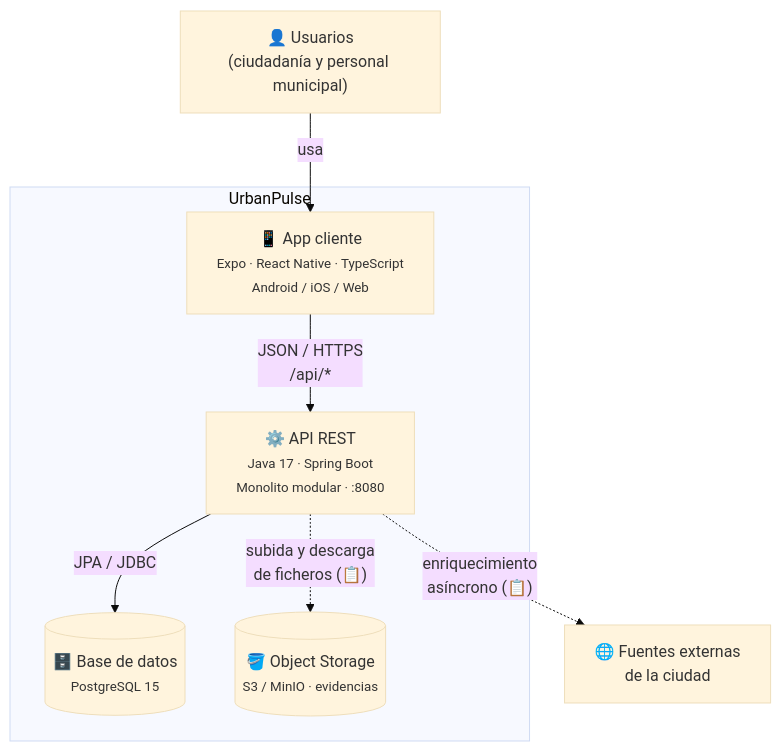
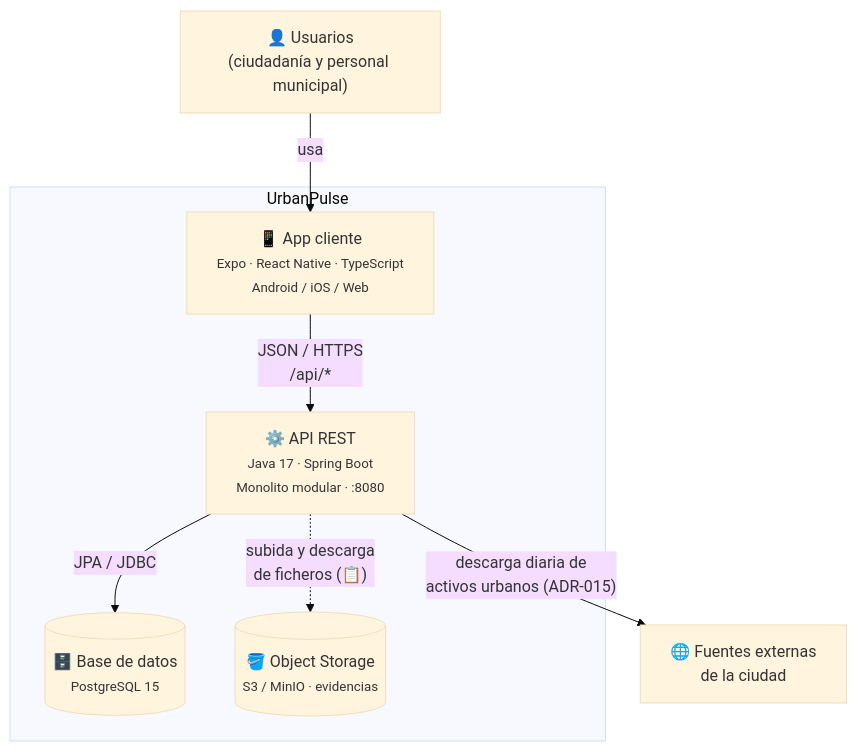
One commit to JANUEVE5/UrbanPulse changed the second of 6 diagrams in docs/architecture.md. Above: the diagram before and after it, drawn with Mermaid (base theme). The commit also changed other lines of this file and 6 other files, not shown here.

Commit message:
docs: ADR-015 y documentación de los activos urbanos de Open Data

````diff
--- a/docs/architecture.md
+++ b/docs/architecture.md
@@ -73,19 +74,19 @@
 ```mermaid
 flowchart TB
     user["👤 Usuarios<br/>(ciudadanía y personal municipal)"]
 
     subgraph up["UrbanPulse"]
         app["📱 App cliente<br/><small>Expo · React Native · TypeScript<br/>Android / iOS / Web</small>"]
         api["⚙️ API REST<br/><small>Java 17 · Spring Boot<br/>Monolito modular · :8080</small>"]
         db[("🗄️ Base de datos<br/><small>PostgreSQL 15</small>")]
         obj[("🪣 Object Storage<br/><small>S3 / MinIO · evidencias</small>")]
     end
 
     ext["🌐 Fuentes externas<br/>de la ciudad"]
 
     user -- "usa" --> app
     app -- "JSON / HTTPS<br/>/api/*" --> api
     api -- "JPA / JDBC" --> db
     api -. "subida y descarga<br/>de ficheros (📋)" .-> obj
-    api -. "enriquecimiento<br/>asíncrono (📋)" .-> ext
+    api -- "descarga diaria de<br/>activos urbanos (ADR-015)" --> ext
 ```
````
